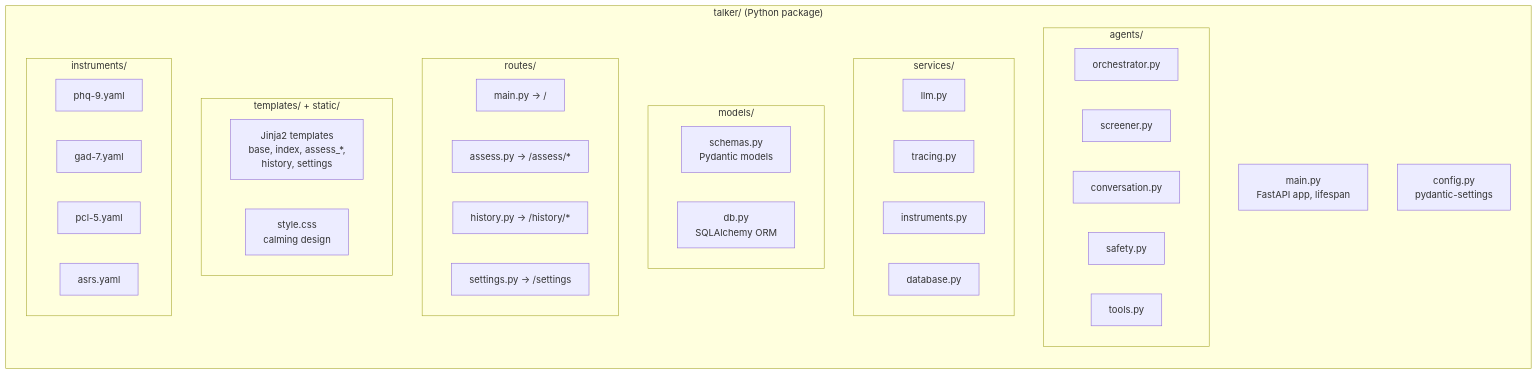
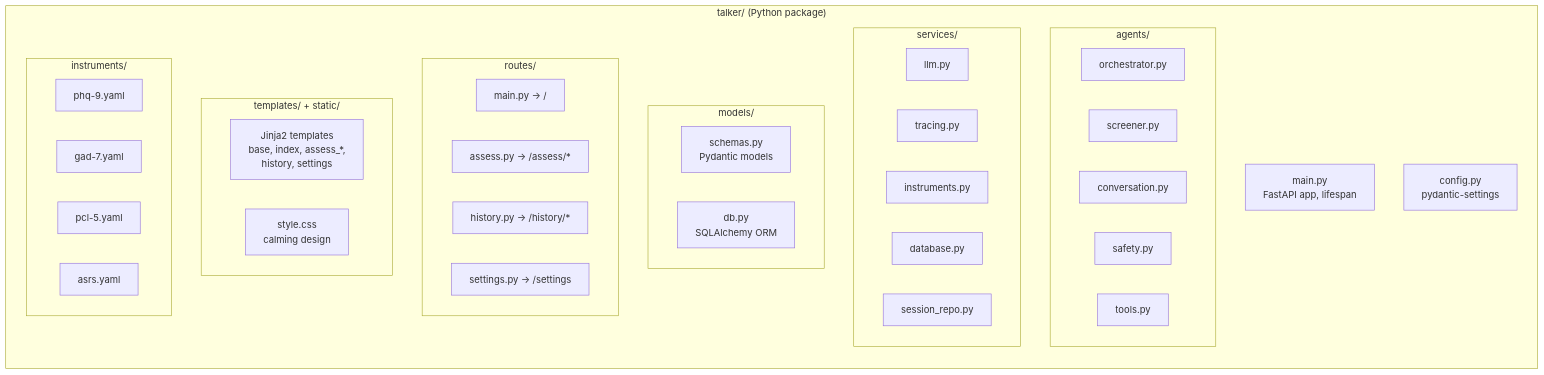
Before and after one commit to bodharma/talker: the fifth of 11 diagrams in docs/architecture.md, drawn with Mermaid. The commit also changed other lines of this file and 4 other files, not shown here.

First line of the commit message:
feat: add Dockerfile, update architecture docs for DB persistence

````diff
--- a/docs/architecture.md
+++ b/docs/architecture.md
@@ -162,47 +161,48 @@
 ```mermaid
 graph LR
     subgraph "talker/ (Python package)"
         direction TB
         MAIN["main.py<br/>FastAPI app, lifespan"]
         CONFIG["config.py<br/>pydantic-settings"]
 
         subgraph agents/
             ORCH_F["orchestrator.py"]
             SCREEN_F["screener.py"]
             CONV_F["conversation.py"]
             SAFETY_F["safety.py"]
             TOOLS_F["tools.py"]
         end
 
         subgraph services/
             LLM_F["llm.py"]
             TRACE_F["tracing.py"]
             INSTR_F["instruments.py"]
             DB_F["database.py"]
+            REPO_F["session_repo.py"]
         end
 
         subgraph models/
             SCHEMA_F["schemas.py<br/>Pydantic models"]
             ORM_F["db.py<br/>SQLAlchemy ORM"]
         end
 
         subgraph routes/
             MAIN_R["main.py → /"]
             ASSESS_R["assess.py → /assess/*"]
             HIST_R["history.py → /history/*"]
             SET_R["settings.py → /settings"]
         end
 
         subgraph "templates/ + static/"
             TPL["Jinja2 templates<br/>base, index, assess_*,<br/>history, settings"]
             CSS["style.css<br/>calming design"]
         end
 
         subgraph instruments/
             PHQ["phq-9.yaml"]
             GAD["gad-7.yaml"]
             PCL["pcl-5.yaml"]
             ASRS["asrs.yaml"]
         end
     end
 ```
````
